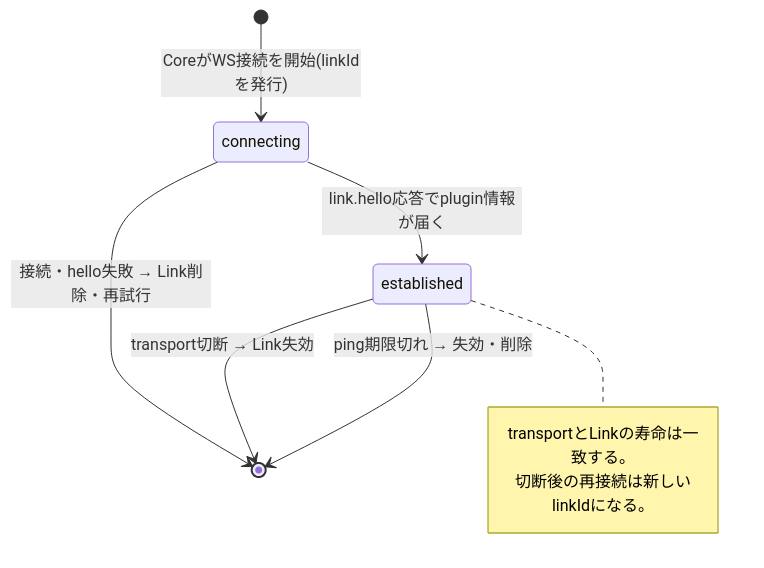
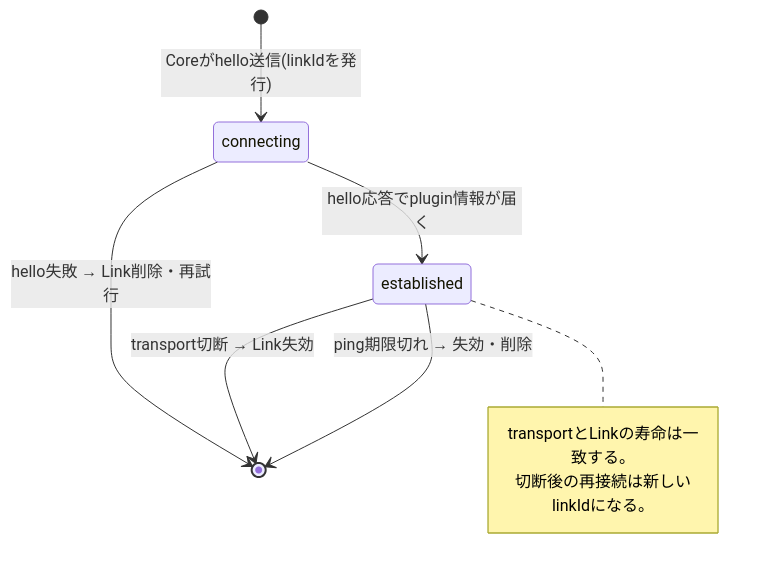
The first of 2 diagrams in docs/contracts/00001-core-plugin-transport.md (naatin777/plugumi), drawn with Mermaid before and after one commit. The commit also changed other lines of this file and 23 other files, not shown here.

````diff
--- a/docs/contracts/00001-core-plugin-transport.md
+++ b/docs/contracts/00001-core-plugin-transport.md
@@ -79,12 +142,12 @@
 ```mermaid
 stateDiagram-v2
-    [*] --> connecting: CoreがWS接続を開始(linkIdを発行)
-    connecting --> established: link.hello応答でplugin情報が届く
-    connecting --> [*]: 接続・hello失敗 → Link削除・再試行
+    [*] --> connecting: Coreがhello送信(linkIdを発行)
+    connecting --> established: hello応答でplugin情報が届く
+    connecting --> [*]: hello失敗 → Link削除・再試行
     established --> [*]: transport切断 → Link失効
     established --> [*]: ping期限切れ → 失効・削除
     note right of established
         transportとLinkの寿命は一致する。
         切断後の再接続は新しいlinkIdになる。
     end note
 ```
````
